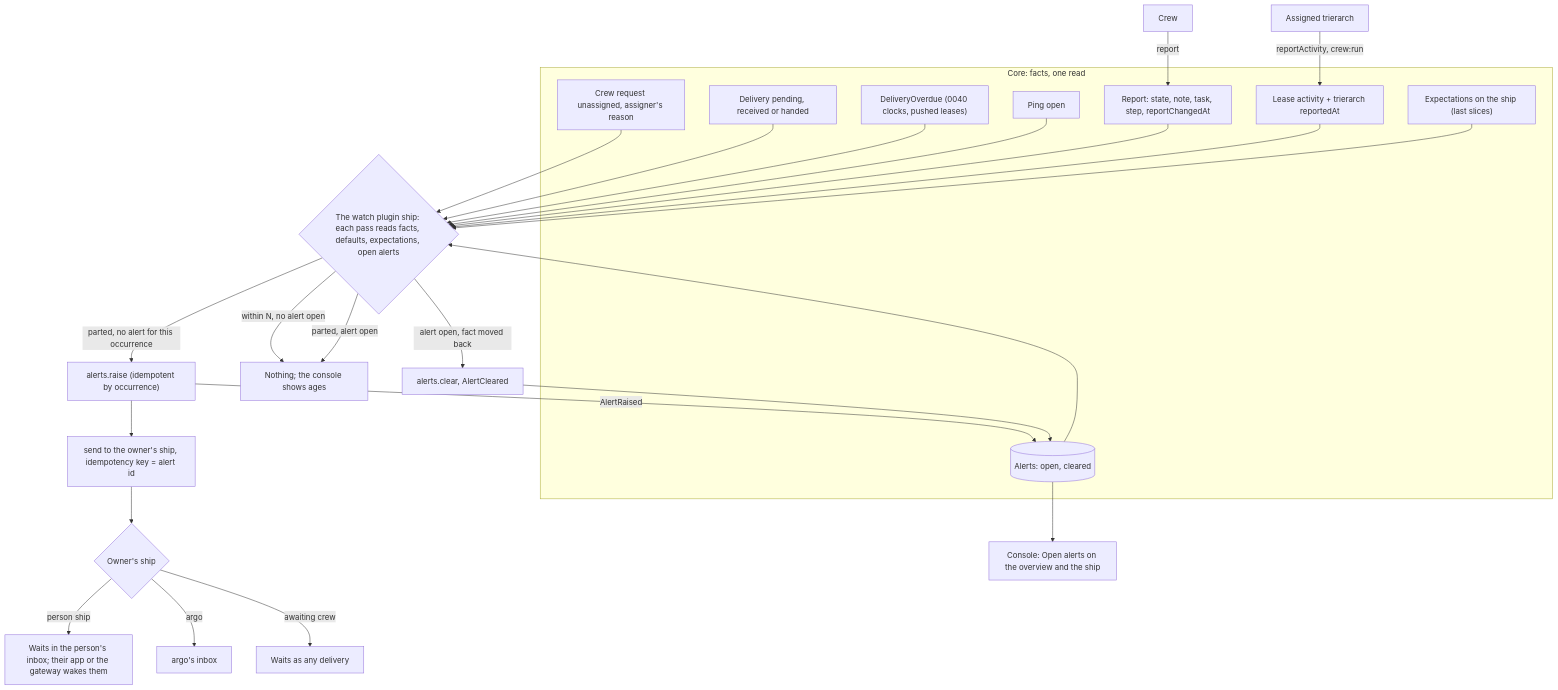
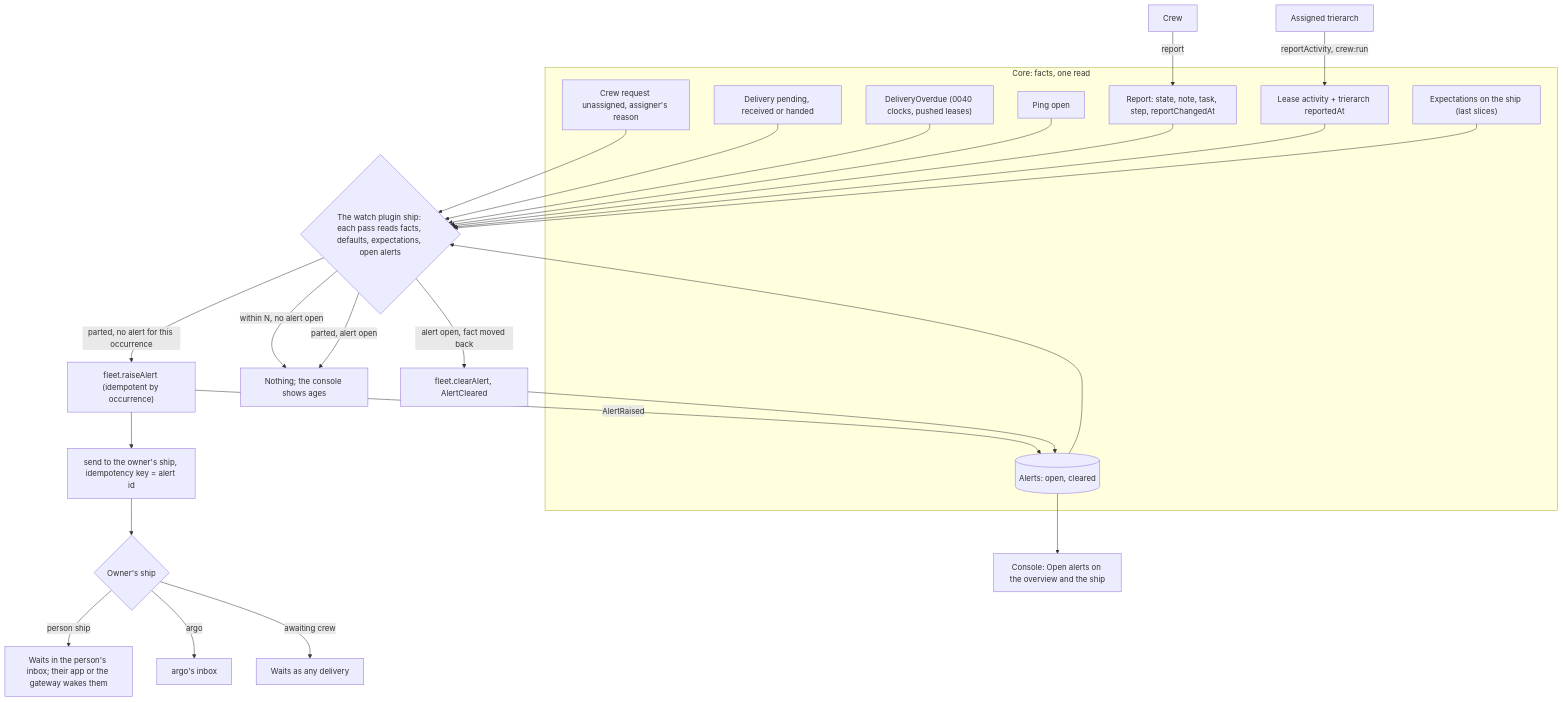
The diagram in docs/design/monitoring/monitoring.md (ThomasHendrickx/aeolus-fleet), drawn with Mermaid before and after one commit. The commit also changed other lines of this file, not shown here.

First line of the commit message:
Design: monitoring, Thomas's answers folded in and the alert message contract

````diff
--- a/docs/design/monitoring/monitoring.md
+++ b/docs/design/monitoring/monitoring.md
@@ -141,36 +214,36 @@
 ```mermaid
 flowchart TD
   subgraph core [Core: facts, one read]
     cr[Crew request unassigned, assigner's reason]
     dl[Delivery pending, received or handed]
     od["DeliveryOverdue (0040 clocks, pushed leases)"]
     pg[Ping open]
     rp["Report: state, note, task, step, reportChangedAt"]
     ac["Lease activity + trierarch reportedAt"]
     ex["Expectations on the ship (last slices)"]
     al[(Alerts: open, cleared)]
   end
   tri[Assigned trierarch] -->|"reportActivity, crew:run"| ac
   crew[Crew] -->|report| rp
   watch{"The watch plugin ship: each pass reads facts, defaults, expectations, open alerts"}
   cr --> watch
   dl --> watch
   od --> watch
   pg --> watch
   rp --> watch
   ac --> watch
   ex --> watch
   al --> watch
   watch -->|within N, no alert open| nothing[Nothing; the console shows ages]
-  watch -->|parted, no alert for this occurrence| raise["alerts.raise (idempotent by occurrence)"]
+  watch -->|parted, no alert for this occurrence| raise["fleet.raiseAlert (idempotent by occurrence)"]
   raise -->|AlertRaised| al
   raise --> send["send to the owner's ship, idempotency key = alert id"]
   send --> owner{Owner's ship}
   owner -->|person ship| person[Waits in the person's inbox; their app or the gateway wakes them]
   owner -->|argo| argo[argo's inbox]
   owner -->|awaiting crew| waiting[Waits as any delivery]
   watch -->|parted, alert open| nothing
-  watch -->|alert open, fact moved back| clear["alerts.clear, AlertCleared"]
+  watch -->|alert open, fact moved back| clear["fleet.clearAlert, AlertCleared"]
   clear --> al
   al --> console["Console: Open alerts on the overview and the ship"]
 ```
````
